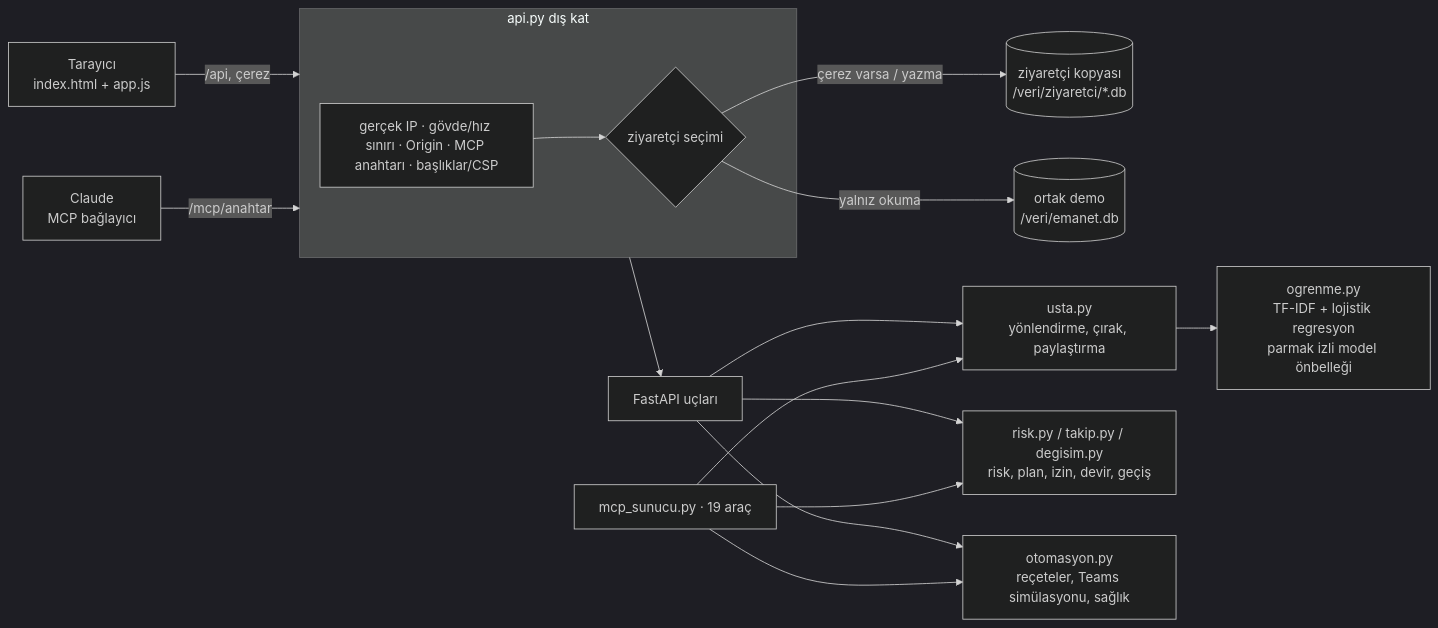
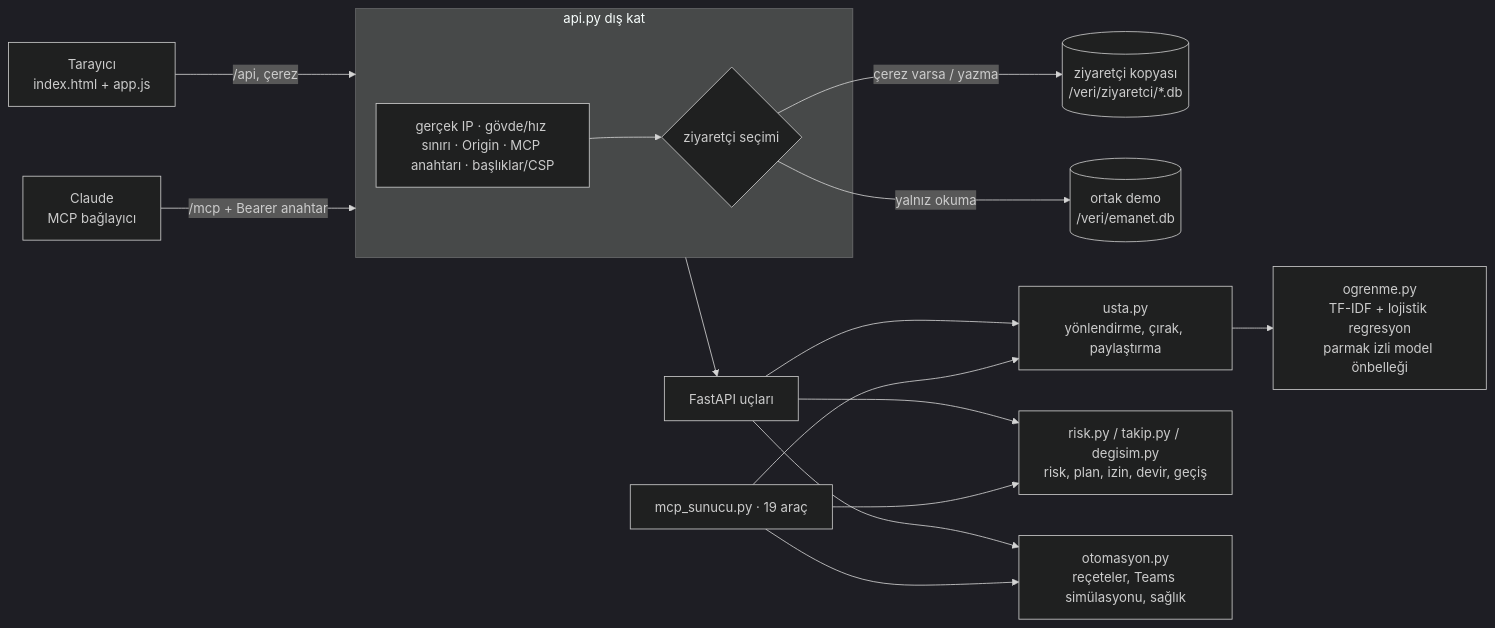
Before and after one commit to ysfdurak/emanet: the diagram in docs/PROJE.md, drawn with Mermaid (dark theme). The commit also changed other lines of this file and 4 other files, not shown here.

````diff
--- a/docs/PROJE.md
+++ b/docs/PROJE.md
@@ -40,18 +40,18 @@
 ```mermaid
 flowchart LR
   T[Tarayıcı<br/>index.html + app.js] -->|/api, çerez| D
-  C[Claude<br/>MCP bağlayıcı] -->|/mcp/anahtar| D
+  C[Claude<br/>MCP bağlayıcı] -->|/mcp + Bearer anahtar| D
   subgraph D[api.py dış kat]
     G[gerçek IP · gövde/hız sınırı · Origin · MCP anahtarı · başlıklar/CSP]
     Z{ziyaretçi seçimi}
   end
   G --> Z
   Z -->|çerez varsa / yazma| K[(ziyaretçi kopyası<br/>/veri/ziyaretci/*.db)]
   Z -->|yalnız okuma| A[(ortak demo<br/>/veri/emanet.db)]
   D --> F[FastAPI uçları]
   F --> U[usta.py<br/>yönlendirme, çırak, paylaştırma]
   F --> R[risk.py / takip.py / degisim.py<br/>risk, plan, izin, devir, geçiş]
   F --> O[otomasyon.py<br/>reçeteler, Teams simülasyonu, sağlık]
   U --> M[ogrenme.py<br/>TF-IDF + lojistik regresyon<br/>parmak izli model önbelleği]
   MCP[mcp_sunucu.py · 19 araç] --> U & R & O
 ```
````
